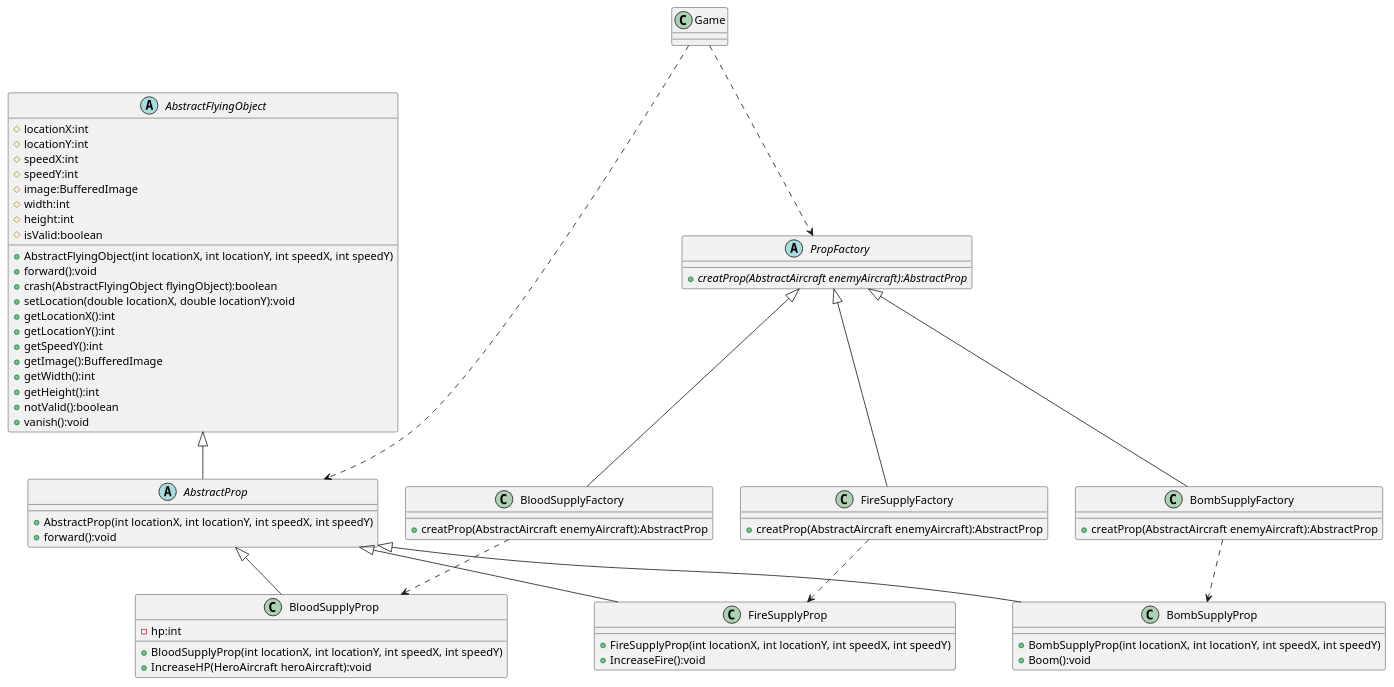
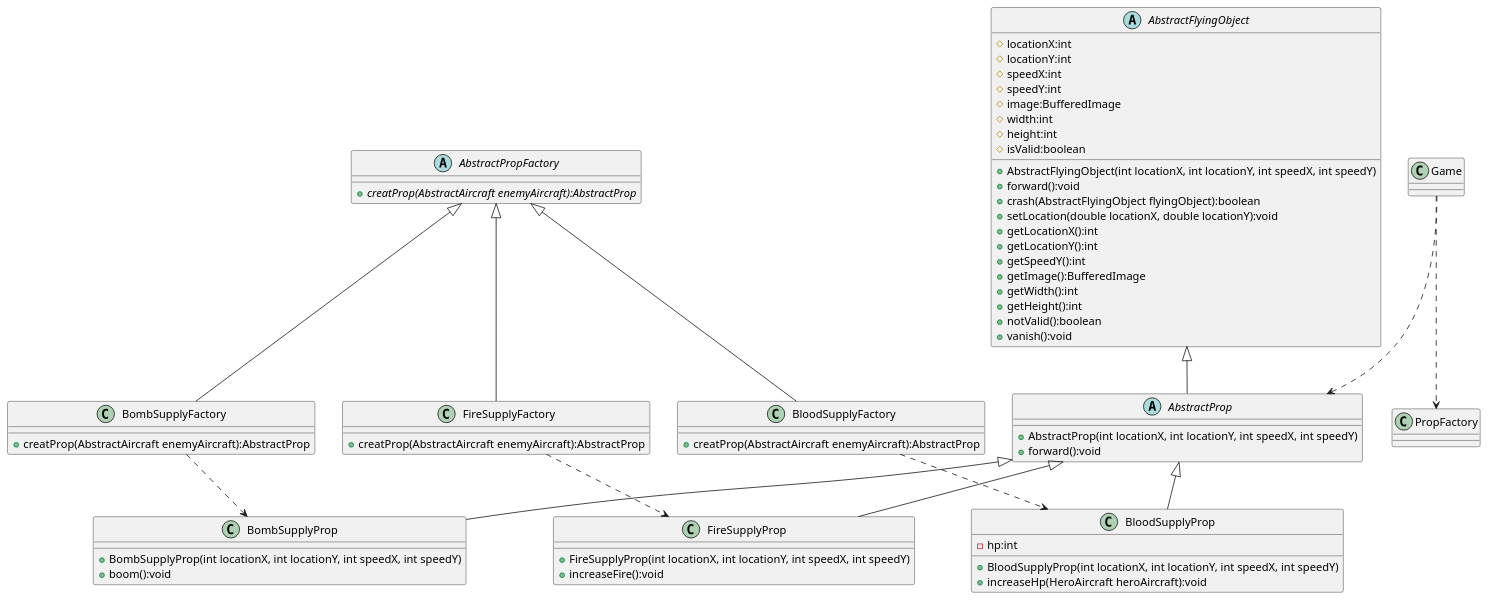
Before and after one commit to Straho-Chen/AircraftWar-base: the diagram in uml/PropFactory.puml, drawn with PlantUML. The commit also changed 23 other files, not shown here.

```diff
--- a/uml/PropFactory.puml
+++ b/uml/PropFactory.puml
@@ -1,87 +1,87 @@
 @startuml
 'https://plantuml.com/class-diagram
 
-abstract class PropFactory {
+abstract class AbstractPropFactory {
     + {abstract} creatProp(AbstractAircraft enemyAircraft):AbstractProp
 }
 
 class BloodSupplyFactory {
     + creatProp(AbstractAircraft enemyAircraft):AbstractProp
 }
 
 class FireSupplyFactory {
     + creatProp(AbstractAircraft enemyAircraft):AbstractProp
 }
 
 class BombSupplyFactory {
     + creatProp(AbstractAircraft enemyAircraft):AbstractProp
 }
 
 class Game {
 }
 
 abstract class AbstractFlyingObject
 {
     # locationX:int
     # locationY:int
     # speedX:int
     # speedY:int
     # image:BufferedImage
     # width:int
     # height:int
     # isValid:boolean
 
     + AbstractFlyingObject(int locationX, int locationY, int speedX, int speedY)
     + forward():void
     + crash(AbstractFlyingObject flyingObject):boolean
     + setLocation(double locationX, double locationY):void
     + getLocationX():int
     + getLocationY():int
     + getSpeedY():int
     + getImage():BufferedImage
     + getWidth():int
     + getHeight():int
     + notValid():boolean
     + vanish():void
 }
 
 abstract class AbstractProp
 {
     + AbstractProp(int locationX, int locationY, int speedX, int speedY)
     + forward():void
 }
 
 class BloodSupplyProp {
     - hp:int
     + BloodSupplyProp(int locationX, int locationY, int speedX, int speedY)
-    + IncreaseHP(HeroAircraft heroAircraft):void
+    + increaseHp(HeroAircraft heroAircraft):void
 }
 
 class FireSupplyProp {
     + FireSupplyProp(int locationX, int locationY, int speedX, int speedY)
-    + IncreaseFire():void
+    + increaseFire():void
 }
 
 class BombSupplyProp {
     + BombSupplyProp(int locationX, int locationY, int speedX, int speedY)
-    + Boom():void
+    + boom():void
 }
 
 AbstractFlyingObject <|-- AbstractProp
 
 AbstractProp <|-- BloodSupplyProp
 AbstractProp <|-- FireSupplyProp
 AbstractProp <|-- BombSupplyProp
 
-PropFactory <|-- BloodSupplyFactory
-PropFactory <|-- FireSupplyFactory
-PropFactory <|-- BombSupplyFactory
+AbstractPropFactory <|-- BloodSupplyFactory
+AbstractPropFactory <|-- FireSupplyFactory
+AbstractPropFactory <|-- BombSupplyFactory
 
 Game ..> PropFactory
 Game ..> AbstractProp
 
 BloodSupplyFactory ..> BloodSupplyProp
 FireSupplyFactory ..> FireSupplyProp
 BombSupplyFactory ..> BombSupplyProp
 
 @enduml
```
